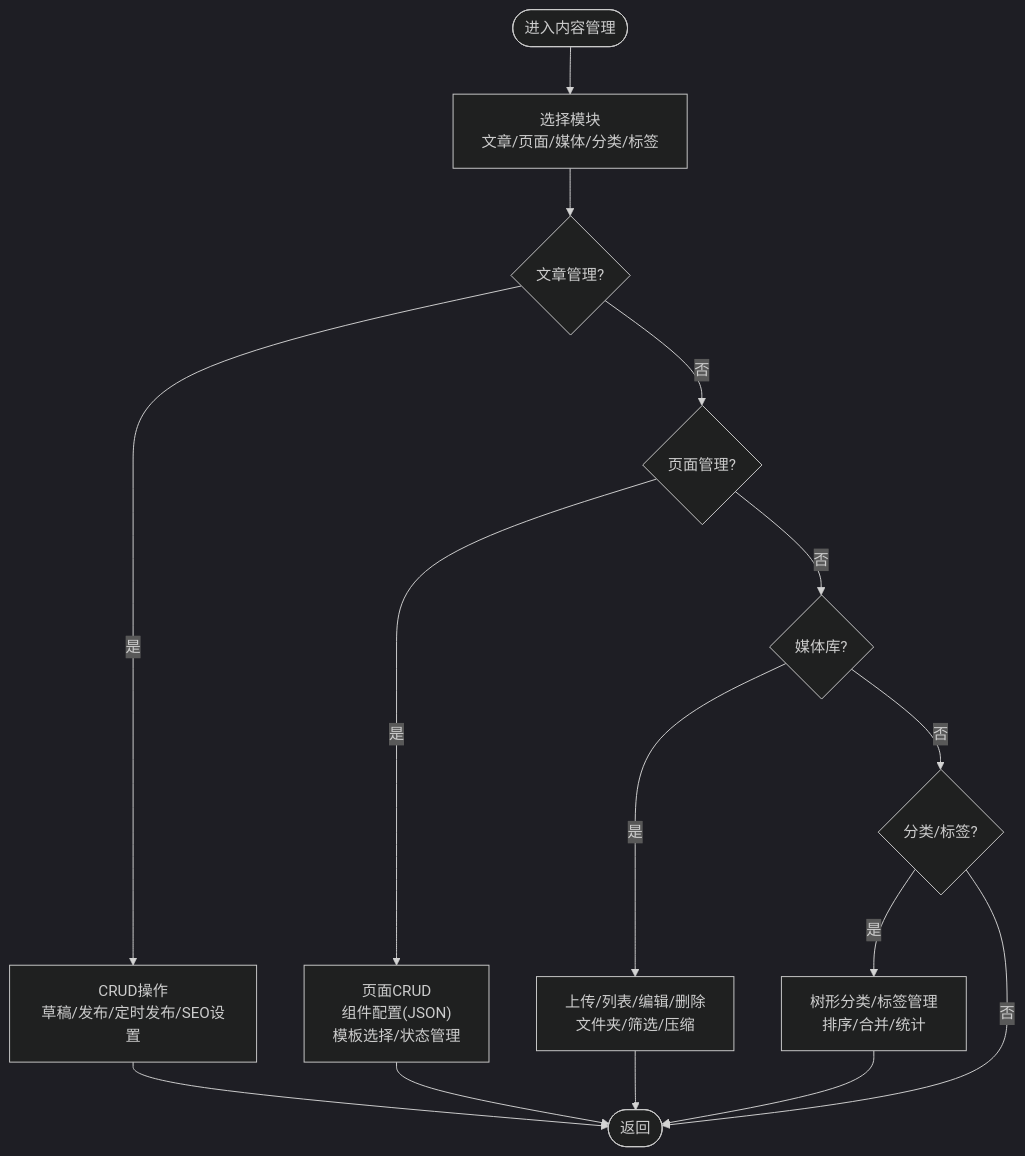
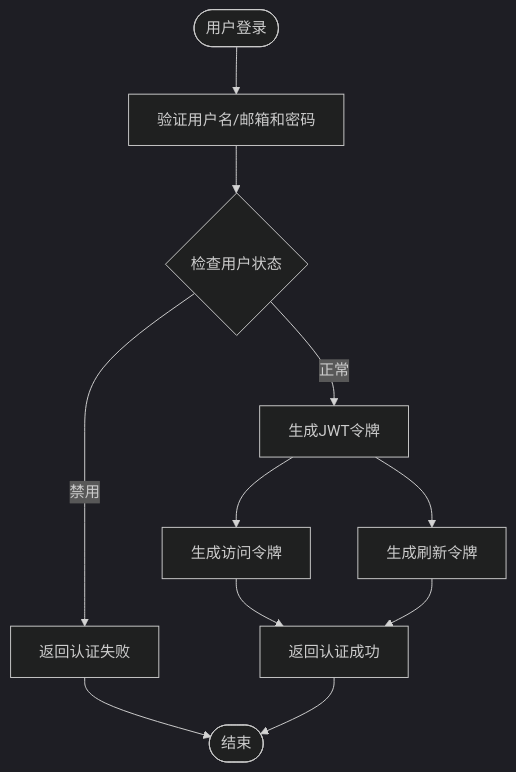
Before and after one commit to wyg5208/website_diy: the third of 15 diagrams in .qoder/repowiki/zh/content/后台管理系统/后台管理系统.md, drawn with Mermaid (dark theme). The commit also changed other lines of this file and 43 other files, not shown here.

````diff
--- a/.qoder/repowiki/zh/content/后台管理系统/后台管理系统.md
+++ b/.qoder/repowiki/zh/content/后台管理系统/后台管理系统.md
@@ -176,17 +166,13 @@
 ```mermaid
 flowchart TD
-Start(["进入内容管理"]) --> Choose["选择模块<br/>文章/页面/媒体/分类/标签"]
-Choose --> Article{"文章管理?"}
-Article --> |是| ArticleOps["CRUD操作<br/>草稿/发布/定时发布/SEO设置"]
-Article --> |否| Page{"页面管理?"}
-Page --> |是| PageOps["页面CRUD<br/>组件配置(JSON)<br/>模板选择/状态管理"]
-Page --> |否| Media{"媒体库?"}
-Media --> |是| MediaOps["上传/列表/编辑/删除<br/>文件夹/筛选/压缩"]
-Media --> |否| Taxonomy{"分类/标签?"}
-Taxonomy --> |是| TaxOps["树形分类/标签管理<br/>排序/合并/统计"]
-Taxonomy --> |否| End(["返回"])
-ArticleOps --> End
-PageOps --> End
-MediaOps --> End
-TaxOps --> End
+Start(["用户登录"]) --> Validate["验证用户名/邮箱和密码"]
+Validate --> CheckStatus{"检查用户状态"}
+CheckStatus --> |禁用| Error["返回认证失败"]
+CheckStatus --> |正常| CreateToken["生成JWT令牌"]
+CreateToken --> Access["生成访问令牌"]
+CreateToken --> Refresh["生成刷新令牌"]
+Access --> Success["返回认证成功"]
+Refresh --> Success
+Error --> End(["结束"])
+Success --> End
 ```
````
